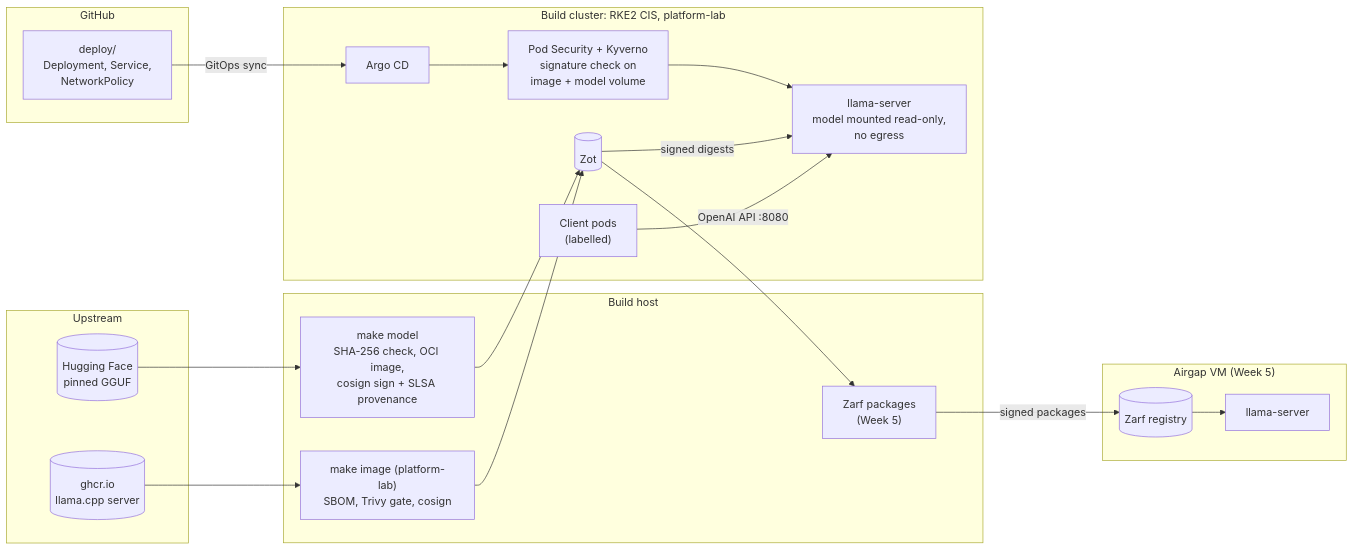
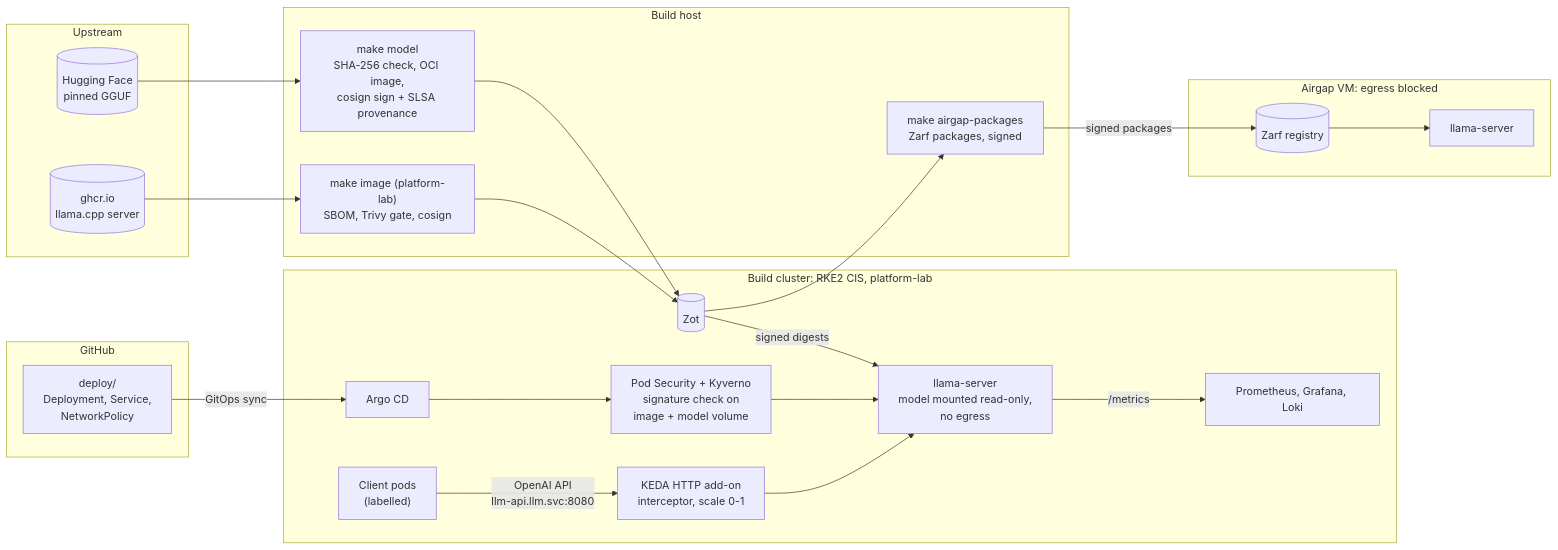
One commit to JGGHalfhide/local-airgap-LLM changed the diagram in README.md. Above: the diagram before and after it, drawn with Mermaid. The commit also changed other lines of this file and 7 other files, not shown here.

````diff
--- a/README.md
+++ b/README.md
@@ -15,37 +18,40 @@
 ```mermaid
 flowchart LR
   subgraph up["Upstream"]
     hf[("Hugging Face<br/>pinned GGUF")]
     ghcr[("ghcr.io<br/>llama.cpp server")]
   end
 
   subgraph host["Build host"]
     mm["make model<br/>SHA-256 check, OCI image,<br/>cosign sign + SLSA provenance"]
     mi["make image (platform-lab)<br/>SBOM, Trivy gate, cosign"]
-    zp["Zarf packages<br/>(Week 5)"]
+    zp["make airgap-packages<br/>Zarf packages, signed"]
   end
 
   subgraph gh["GitHub"]
     repo["deploy/<br/>Deployment, Service,<br/>NetworkPolicy"]
   end
 
   subgraph build["Build cluster: RKE2 CIS, platform-lab"]
     zot[("Zot")]
     argo["Argo CD"]
     kyv["Pod Security + Kyverno<br/>signature check on<br/>image + model volume"]
+    keda["KEDA HTTP add-on<br/>interceptor, scale 0-1"]
     srv["llama-server<br/>model mounted read-only,<br/>no egress"]
+    prom["Prometheus, Grafana, Loki"]
     cli["Client pods<br/>(labelled)"]
   end
 
-  subgraph ag["Airgap VM (Week 5)"]
+  subgraph ag["Airgap VM: egress blocked"]
     zreg[("Zarf registry")]
     srv2["llama-server"]
   end
 
   hf --> mm --> zot
   ghcr --> mi --> zot
   repo -- "GitOps sync" --> argo --> kyv --> srv
   zot -- "signed digests" --> srv
-  cli -- "OpenAI API :8080" --> srv
+  cli -- "OpenAI API<br/>llm-api.llm.svc:8080" --> keda --> srv
+  srv -- "/metrics" --> prom
   zot --> zp -- "signed packages" --> zreg --> srv2
 ```
````
